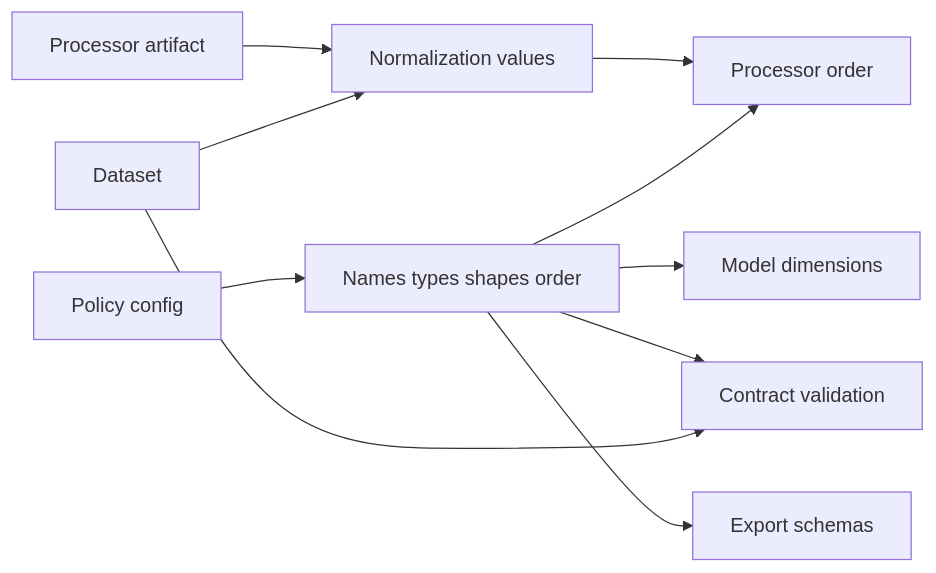
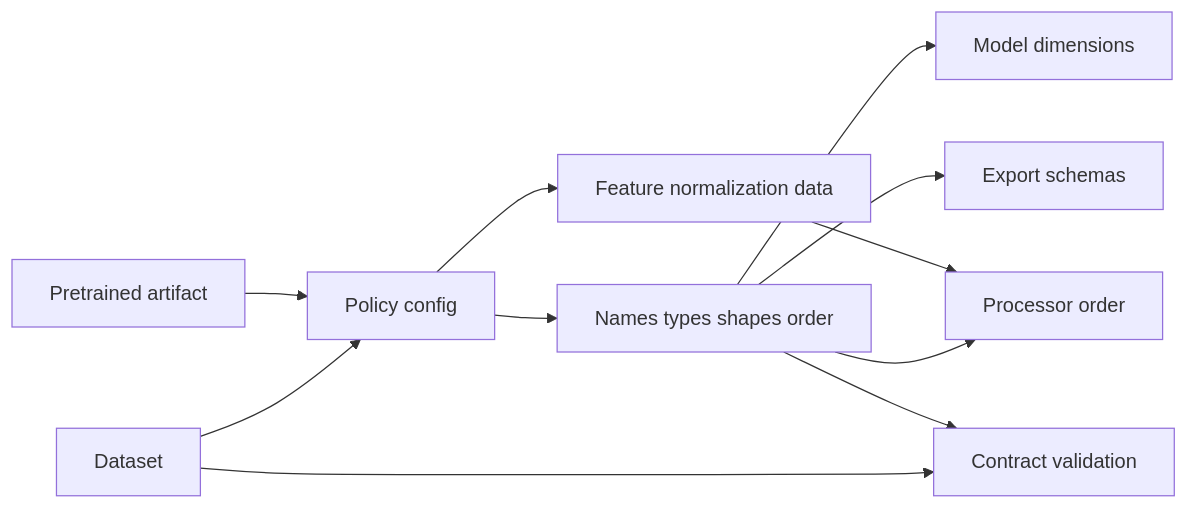
Before and after one commit to alfieroddan/physical-ai-studio: the fourth of 6 diagrams in library/docs/explanation/policy/current-policies.md, drawn with Mermaid. The commit also changed other lines of this file and 6 other files, not shown here.

````diff
--- a/library/docs/explanation/policy/current-policies.md
+++ b/library/docs/explanation/policy/current-policies.md
@@ -203,12 +202,13 @@
 ```mermaid
 flowchart LR
     C[Policy config] --> F[Names types shapes order]
+    C --> N[Feature normalization data]
     F --> M[Model dimensions]
     F --> P[Processor order]
     F --> E[Export schemas]
-    D[Dataset] --> N[Normalization values]
-    A[Processor artifact] --> N
+    D[Dataset] --> C
+    A[Pretrained artifact] --> C
     N --> P
     D --> V[Contract validation]
     F --> V
 ```
````
